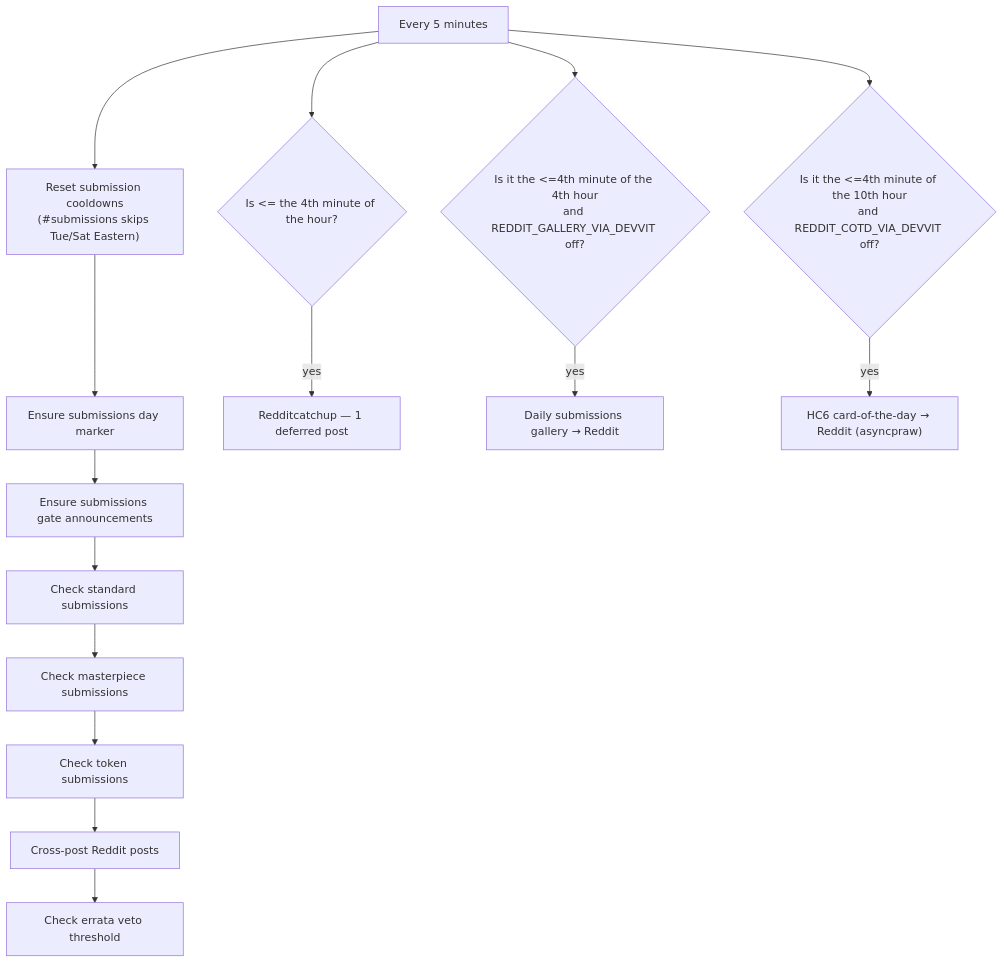
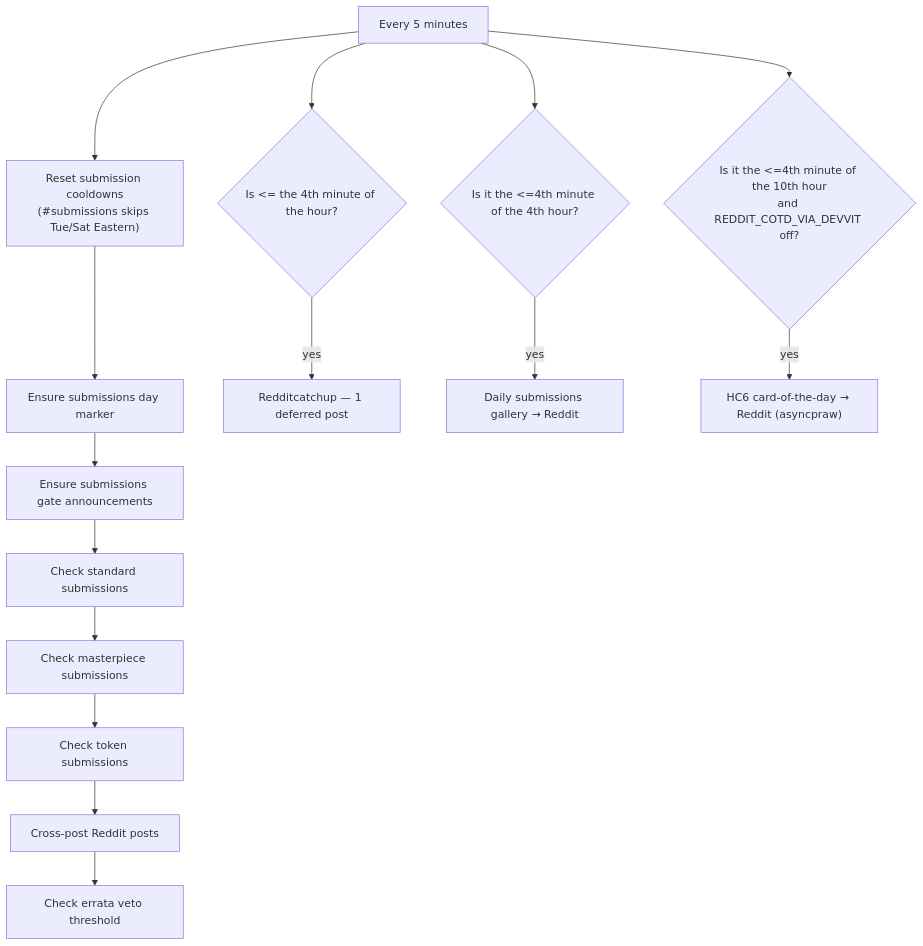
The first of 4 diagrams in docs/card-flows/background.md (bones-bones/mork), drawn with Mermaid before and after one commit. The commit also changed other lines of this file and 22 other files, not shown here.

````diff
--- a/docs/card-flows/background.md
+++ b/docs/card-flows/background.md
@@ -9,18 +9,18 @@
 ```mermaid
 flowchart TD
   LOOP["Every 5 minutes"] --> R1["Reset submission cooldowns<br/>(#submissions skips Tue/Sat Eastern)"]
   R1 --> R2["Ensure submissions day marker"]
   R2 --> R2B["Ensure submissions gate announcements"]
   R2B --> R3["Check standard submissions"]
   R3 --> R4["Check masterpiece submissions"]
   R4 --> R5["Check token submissions"]
   R5 --> R6["Cross-post Reddit posts"]
   R6 --> R7["Check errata veto threshold"]
 
   LOOP --> T0{"Is <= the 4th minute of the hour?"}
   T0 -->|yes| RC["Redditcatchup — 1 deferred post"]
-  LOOP --> T1{"Is it the <=4th minute of the 4th hour<br/>and REDDIT_GALLERY_VIA_DEVVIT off?"}
+  LOOP --> T1{"Is it the <=4th minute of the 4th hour?"}
   T1 -->|yes| GAL["Daily submissions gallery → Reddit"]
   LOOP --> T2{"Is it the <=4th minute of the 10th hour<br/>and REDDIT_COTD_VIA_DEVVIT off?"}
   T2 -->|yes| COTD["HC6 card-of-the-day → Reddit (asyncpraw)"]
 ```
````
